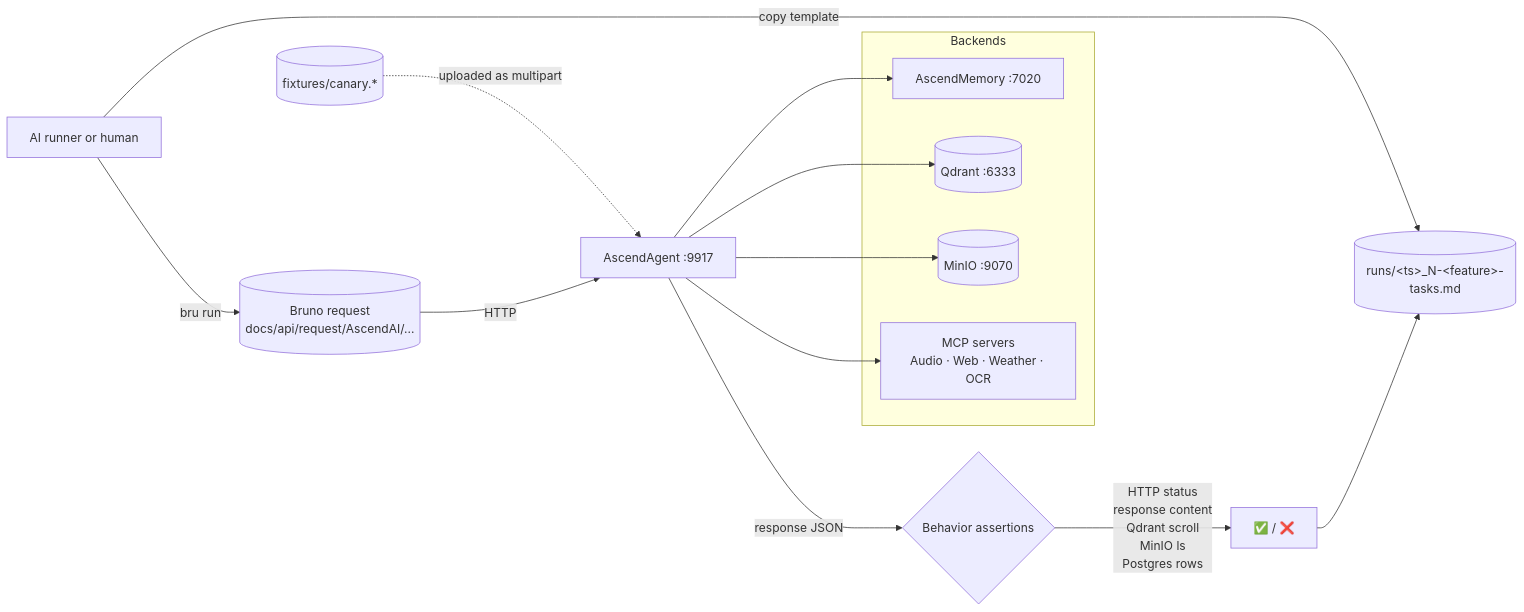
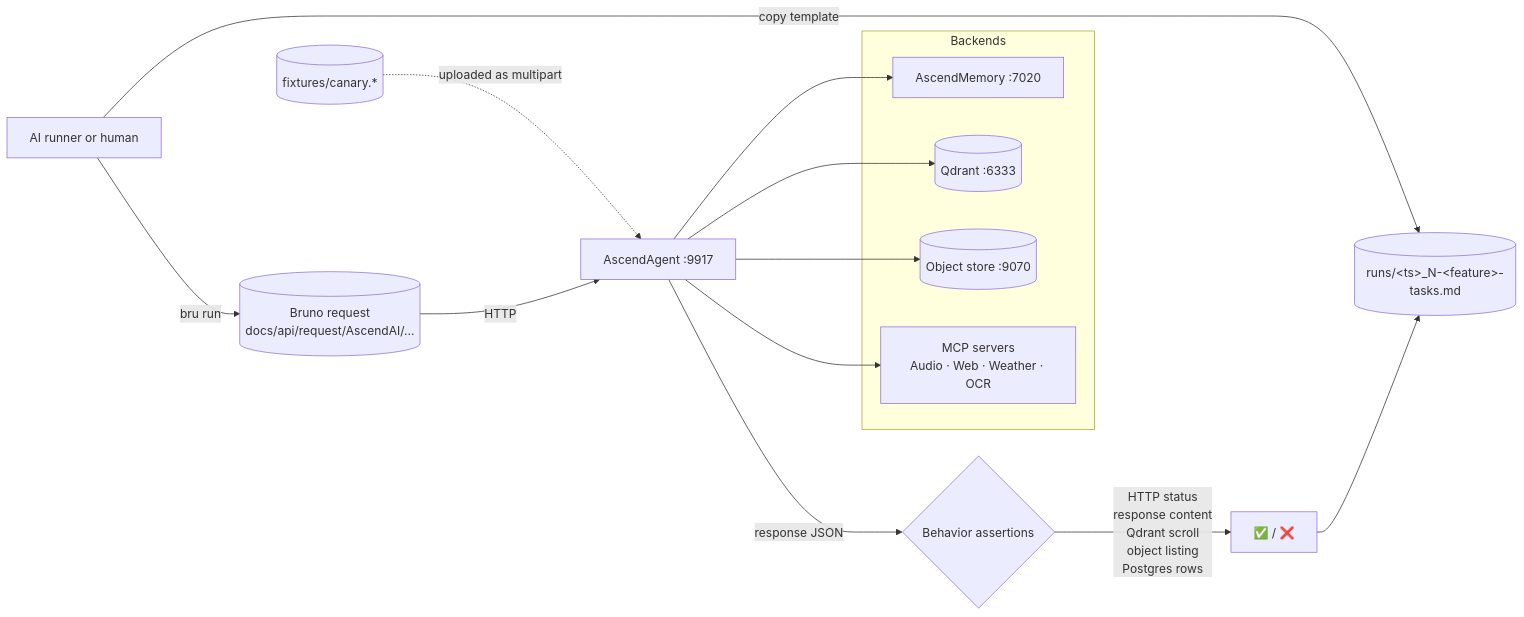
One commit to Lukk17/AscendAI changed the diagram in AscendAgent/e2e/README.md. Above: the diagram before and after it, drawn with Mermaid. The commit also changed other lines of this file and 207 other files, not shown here.

First line of the commit message:
feat(storage): replace MinIO with Floci as the local object store

````diff
--- a/AscendAgent/e2e/README.md
+++ b/AscendAgent/e2e/README.md
@@ -58,23 +58,23 @@
 ```mermaid
 flowchart LR
     Runner[AI runner or human] -->|copy template| Record[(runs/&lt;ts&gt;_N-&lt;feature&gt;-tasks.md)]
     Runner -->|bru run| Req[(Bruno request<br/>docs/api/request/AscendAI/...)]
     Req -->|HTTP| Agent[AscendAgent :9917]
     Fixture[(fixtures/canary.*)] -.uploaded as multipart.-> Agent
 
     subgraph Backends
         AM[AscendMemory :7020]
         QD[(Qdrant :6333)]
-        S3[(MinIO :9070)]
+        S3[(Object store :9070)]
         MCP[MCP servers<br/>Audio · Web · Weather · OCR]
     end
 
     Agent --> AM
     Agent --> QD
     Agent --> S3
     Agent --> MCP
 
     Agent -->|response JSON| Verify{Behavior assertions}
-    Verify -->|HTTP status<br/>response content<br/>Qdrant scroll<br/>MinIO ls<br/>Postgres rows| Result[✅ / ❌]
+    Verify -->|HTTP status<br/>response content<br/>Qdrant scroll<br/>object listing<br/>Postgres rows| Result[✅ / ❌]
     Result --> Record
 ```
````
